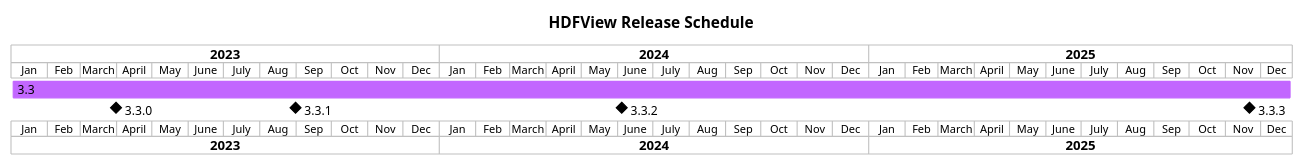
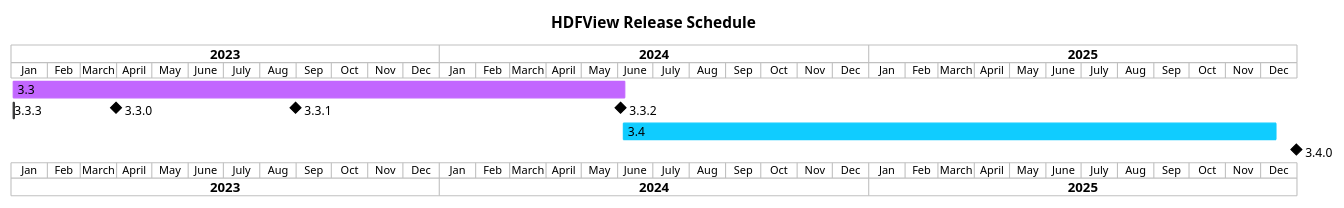
One commit to HDFGroup/hdfview changed the diagram in docs/img/release-schedule.plantuml. Above: the diagram before and after it, drawn with PlantUML. The commit also changed 1 other file, not shown here.

Commit message:
Updated timeline on updated branch (#396)

```diff
--- a/docs/img/release-schedule.plantuml
+++ b/docs/img/release-schedule.plantuml
@@ -5,18 +5,20 @@
 @startgantt
 
 title HDFView Release Schedule
 
 projectscale monthly
 Project starts 2023-01-01
 
-[3.3] starts 2023-01-01 and lasts 156 weeks
+[3.3] starts 2023-01-01 and lasts 75 weeks
 [3.3.0] happens 2023-03-31
 [3.3.1] happens 2023-08-31
-[3.3.2] happens 2024-06-04
-[3.3.3] happens 2025-11-21
+[3.3.2] happens 2024-06-03
 [3.3.1] displays on same row as [3.3.0]
 [3.3.2] displays on same row as [3.3.0]
 [3.3.3] displays on same row as [3.3.0]
 [3.3] is colored in #C266FF
+[3.4] starts 2024-06-04 and lasts 80 weeks
+[3.4.0] happens 2025-12-31
+[3.4] is colored in #10CCFF
 
 @endgantt
```
